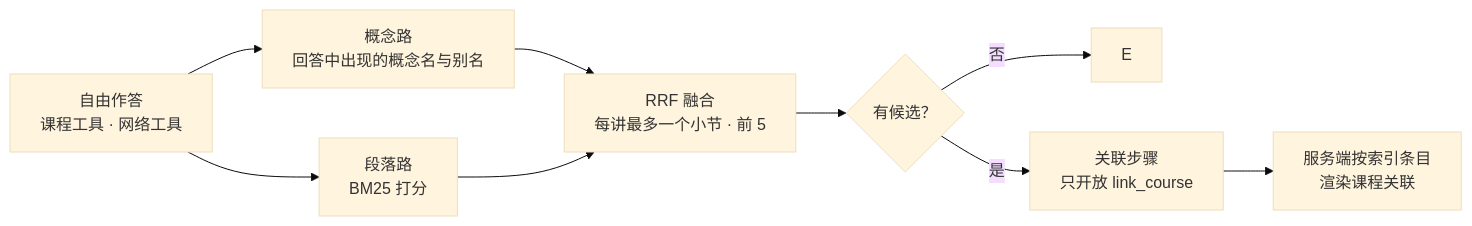
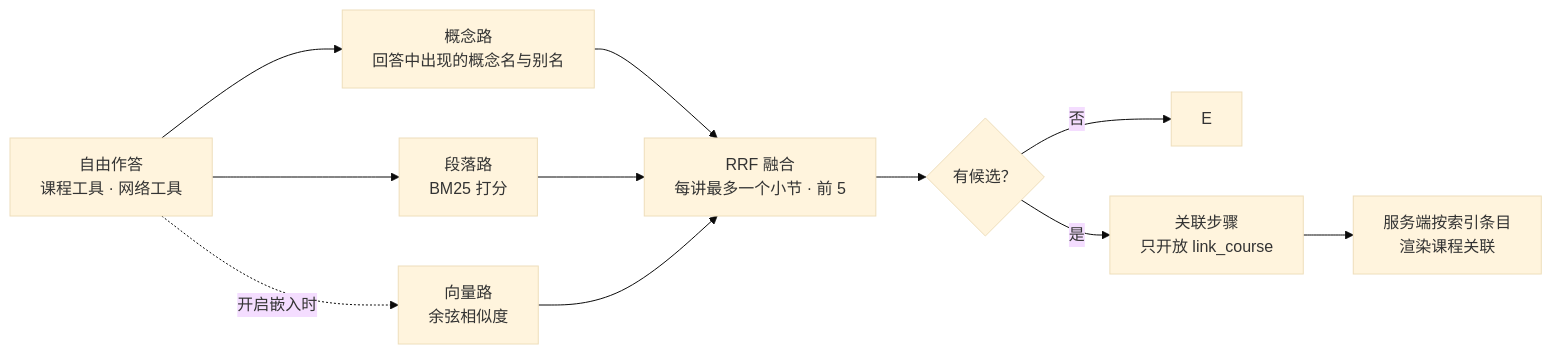
The fifth of 28 diagrams in docs/tech/Keine_explore_harness_v1.md (Bank5y/Keine), drawn with Mermaid (base theme) before and after one commit. The commit also changed other lines of this file and 27 other files, not shown here.

````diff
--- a/docs/tech/Keine_explore_harness_v1.md
+++ b/docs/tech/Keine_explore_harness_v1.md
@@ -229,10 +229,11 @@
 ```mermaid
 flowchart LR
   A["自由作答<br/>课程工具 · 网络工具"] --> C1["概念路<br/>回答中出现的概念名与别名"]
   A --> C2["段落路<br/>BM25 打分"]
-  C1 & C2 --> C["RRF 融合<br/>每讲最多一个小节 · 前 5"]
+  A -. "开启嵌入时" .-> C3["向量路<br/>余弦相似度"]
+  C1 & C2 & C3 --> C["RRF 融合<br/>每讲最多一个小节 · 前 5"]
   C --> D{"有候选？"}
   D -- 否 --> E
   D -- 是 --> F["关联步骤<br/>只开放 link_course"]
   F --> G["服务端按索引条目<br/>渲染课程关联"]
 ```
````
